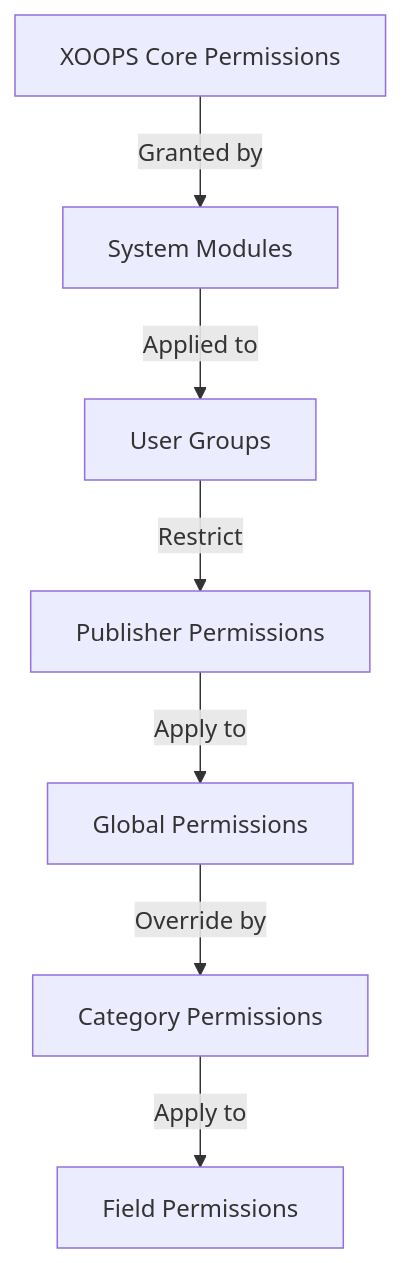
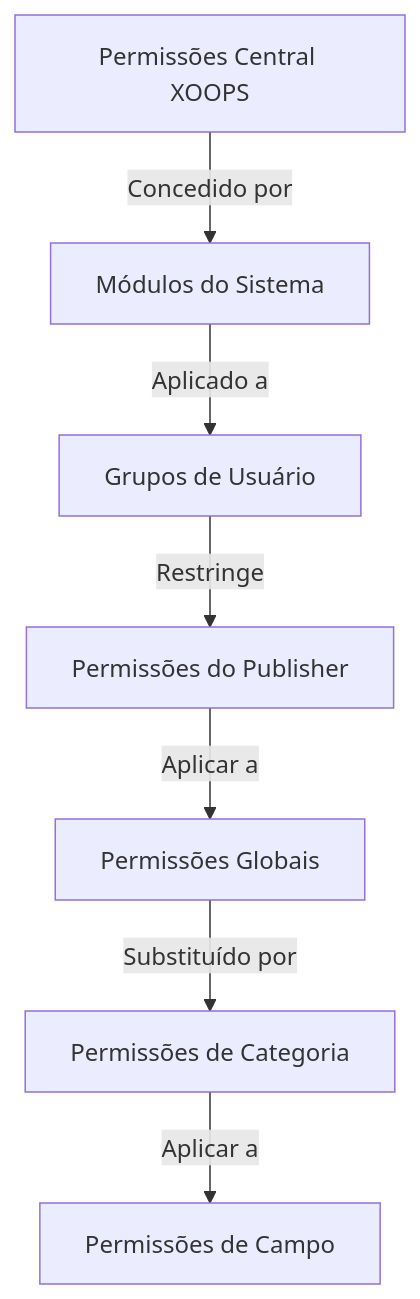
Before and after one commit to mambax7/xoops-docs: the diagram in apps/docs-27/src/content/docs/pt/modules/publisher/user-guide/permissions.md, drawn with Mermaid. The commit also changed other lines of this file and 162 other files, not shown here.

````diff
--- a/apps/docs-27/src/content/docs/pt/modules/publisher/user-guide/permissions.md
+++ b/apps/docs-27/src/content/docs/pt/modules/publisher/user-guide/permissions.md
@@ -382,9 +382,9 @@
 ```mermaid
 graph TD
-    A[XOOPS Core Permissions] -->|Granted by| B[System Modules]
-    B -->|Applied to| C[User Groups]
-    C -->|Restrict| D[Publisher Permissions]
-    D -->|Apply to| E[Global Permissions]
-    E -->|Override by| F[Category Permissions]
-    F -->|Apply to| G[Field Permissions]
+    A[Permissões Central XOOPS] -->|Concedido por| B[Módulos do Sistema]
+    B -->|Aplicado a| C[Grupos de Usuário]
+    C -->|Restringe| D[Permissões do Publisher]
+    D -->|Aplicar a| E[Permissões Globais]
+    E -->|Substituído por| F[Permissões de Categoria]
+    F -->|Aplicar a| G[Permissões de Campo]
 ```
````
